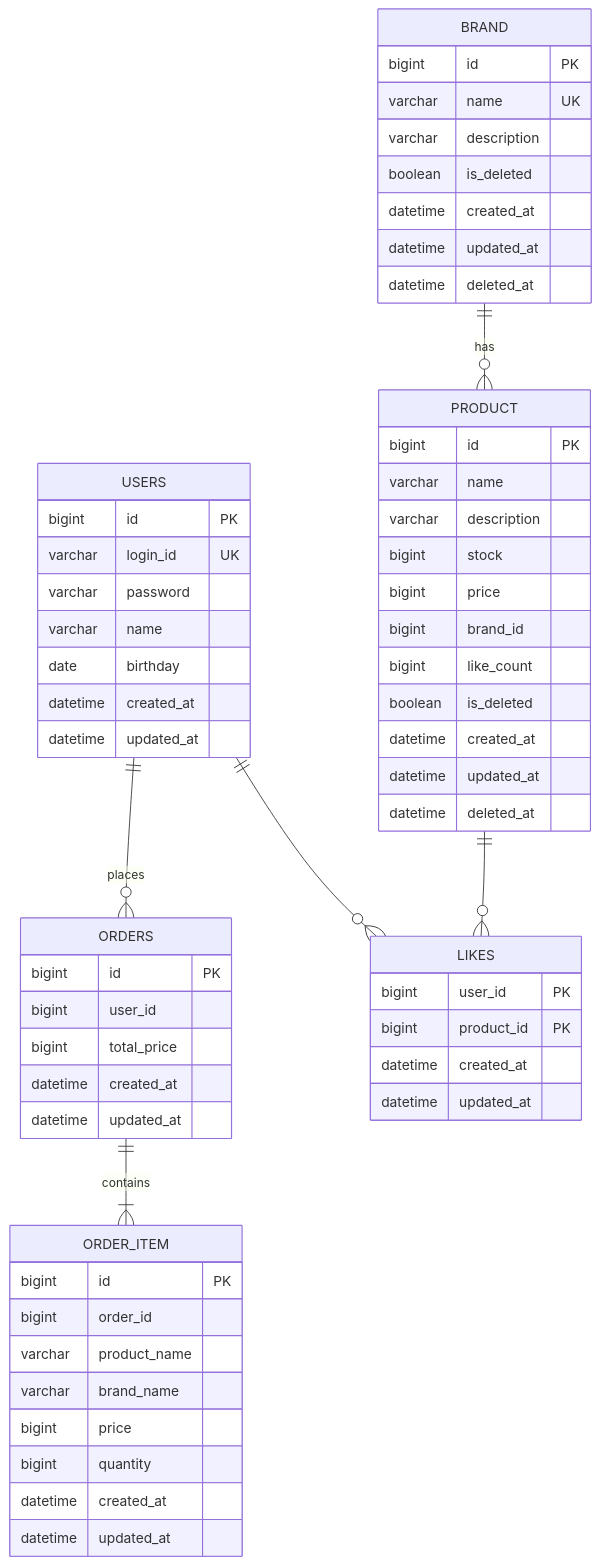
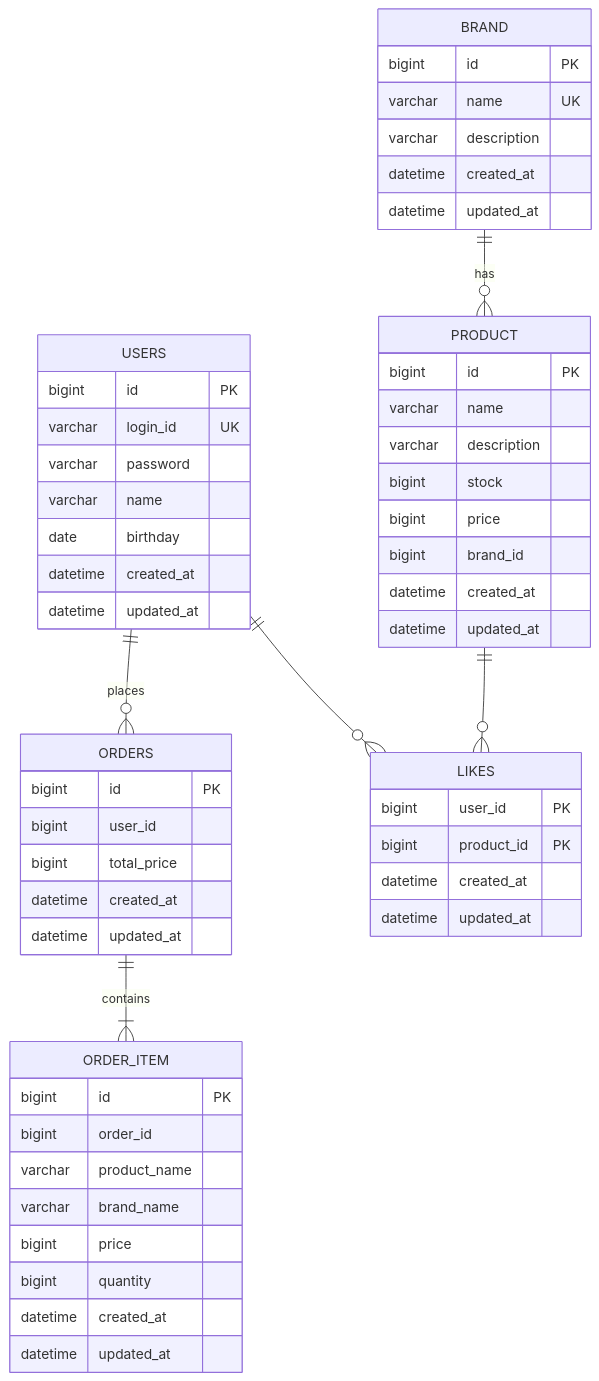
The diagram in .docs/design/04-erd.md (seonminKim1122/loop-pack-be-l2-vol3-java), drawn with Mermaid before and after one commit. The commit also changed 7 other files, not shown here.

````diff
--- a/.docs/design/04-erd.md
+++ b/.docs/design/04-erd.md
@@ -8,68 +8,63 @@
 ```mermaid
 erDiagram
     USERS {
         bigint id PK
         varchar login_id UK
         varchar password
         varchar name
         date birthday
         datetime created_at
         datetime updated_at
     }
     
     BRAND {
         bigint id PK
         varchar name UK
         varchar description
-        boolean is_deleted
         datetime created_at
         datetime updated_at
-        datetime deleted_at
     }
     
     PRODUCT {
         bigint id PK
         varchar name
         varchar description
         bigint stock
         bigint price
         bigint brand_id
-        bigint like_count
-        boolean is_deleted
         datetime created_at
         datetime updated_at
-        datetime deleted_at
     }
     
     LIKES {
         bigint user_id PK
         bigint product_id PK
         datetime created_at
         datetime updated_at
     }
     
     ORDERS {
         bigint id PK
         bigint user_id
         bigint total_price
         datetime created_at
         datetime updated_at
     }
     
     ORDER_ITEM {
         bigint id PK
         bigint order_id
         varchar product_name
         varchar brand_name
         bigint price
         bigint quantity
         datetime created_at
         datetime updated_at
     }
 
     USERS ||--o{ ORDERS : "places"
     USERS ||--o{ LIKES : ""
     ORDERS ||--|{ ORDER_ITEM : "contains"
     PRODUCT ||--o{ LIKES : ""
     BRAND ||--o{ PRODUCT : "has"
 ```
````
